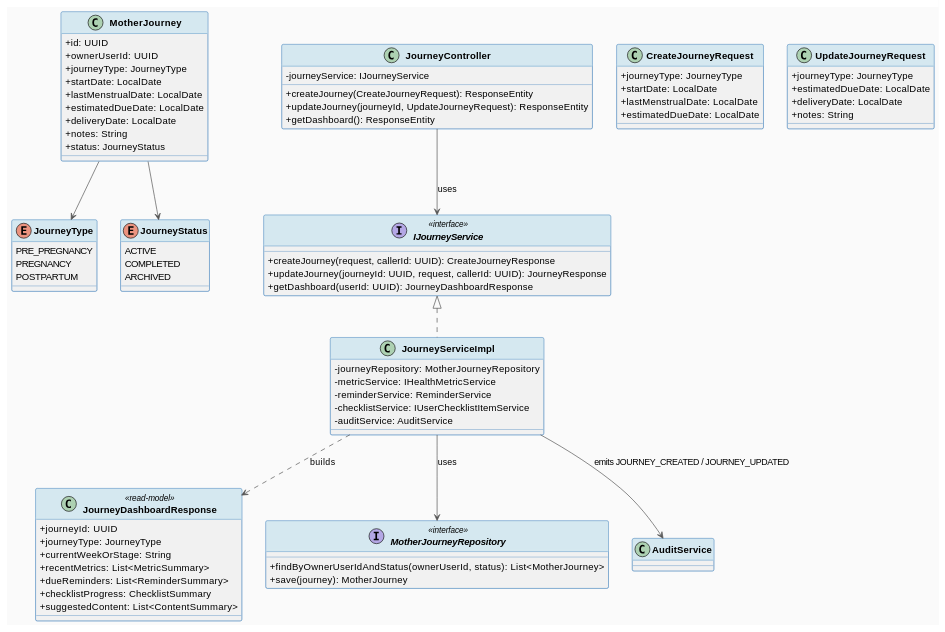
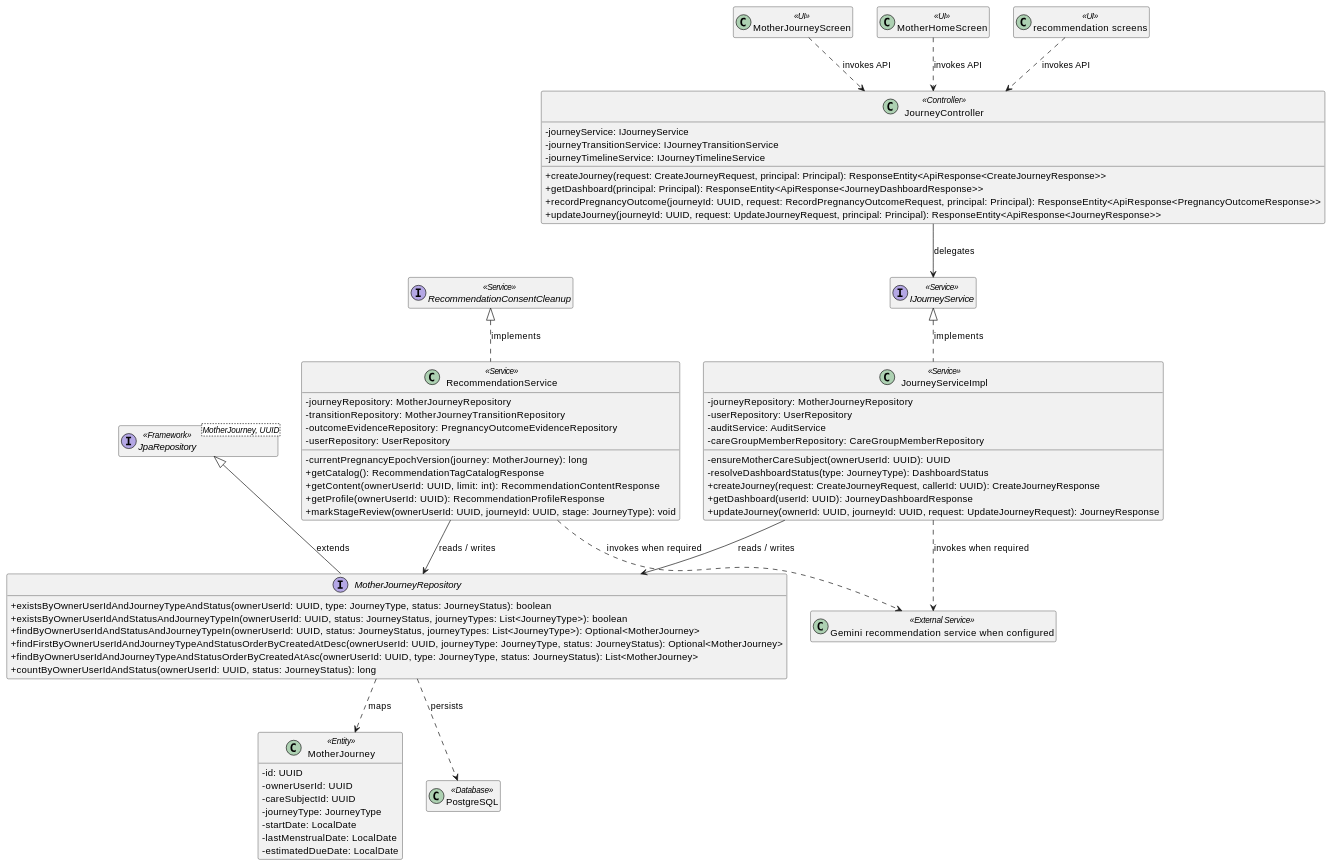
The first of 2 diagrams in docs/Detailed_Design/MF02_Mother_Care_Journey/01_Mother_Journey_Lifecycle_Dashboard.md (ChuongBDHE172784/CareBridge_SEP490_G79), drawn with PlantUML before and after one commit. The commit also changed other lines of this file and 111 other files, not shown here.

````diff
--- a/docs/Detailed_Design/MF02_Mother_Care_Journey/01_Mother_Journey_Lifecycle_Dashboard.md
+++ b/docs/Detailed_Design/MF02_Mother_Care_Journey/01_Mother_Journey_Lifecycle_Dashboard.md
@@ -26,92 +20,77 @@
 ```plantuml
-@startuml MF02_01_JourneyLifecycle_ClassDiagram
+@startuml MF02_01_MotherJourneyLifecycleandDashboard_ClassDiagram
 skinparam classAttributeIconSize 0
-skinparam classFontStyle bold
-skinparam backgroundColor #FAFAFA
-skinparam ArrowColor #555555
-skinparam ClassBorderColor #2E75B6
-skinparam ClassHeaderBackgroundColor #D5E8F0
+hide empty members
 
-class MotherJourney {
-  + id: UUID
-  + ownerUserId: UUID
-  + journeyType: JourneyType
-  + startDate: LocalDate
-  + lastMenstrualDate: LocalDate
-  + estimatedDueDate: LocalDate
-  + deliveryDate: LocalDate
-  + notes: String
-  + status: JourneyStatus
+class "MotherJourneyScreen" as UI1 <<UI>>
+class "MotherHomeScreen" as UI2 <<UI>>
+class "recommendation screens" as UI3 <<UI>>
+class "JourneyController" as Controller1 <<Controller>> {
+  - journeyService: IJourneyService
+  - journeyTransitionService: IJourneyTransitionService
+  - journeyTimelineService: IJourneyTimelineService
+  + createJourney(request: CreateJourneyRequest, principal: Principal): ResponseEntity<ApiResponse<CreateJourneyResponse>>
+  + getDashboard(principal: Principal): ResponseEntity<ApiResponse<JourneyDashboardResponse>>
+  + recordPregnancyOutcome(journeyId: UUID, request: RecordPregnancyOutcomeRequest, principal: Principal): ResponseEntity<ApiResponse<PregnancyOutcomeResponse>>
+  + updateJourney(journeyId: UUID, request: UpdateJourneyRequest, principal: Principal): ResponseEntity<ApiResponse<JourneyResponse>>
 }
+class "JourneyServiceImpl" as Service1 <<Service>> {
+  - journeyRepository: MotherJourneyRepository
+  - userRepository: UserRepository
+  - auditService: AuditService
+  - careGroupMemberRepository: CareGroupMemberRepository
+  - ensureMotherCareSubject(ownerUserId: UUID): UUID
+  - resolveDashboardStatus(type: JourneyType): DashboardStatus
+  + createJourney(request: CreateJourneyRequest, callerId: UUID): CreateJourneyResponse
+  + getDashboard(userId: UUID): JourneyDashboardResponse
+  + updateJourney(ownerId: UUID, journeyId: UUID, request: UpdateJourneyRequest): JourneyResponse
+}
+class "RecommendationService" as Service2 <<Service>> {
+  - journeyRepository: MotherJourneyRepository
+  - transitionRepository: MotherJourneyTransitionRepository
+  - outcomeEvidenceRepository: PregnancyOutcomeEvidenceRepository
+  - userRepository: UserRepository
+  - currentPregnancyEpochVersion(journey: MotherJourney): long
+  + getCatalog(): RecommendationTagCatalogResponse
+  + getContent(ownerUserId: UUID, limit: int): RecommendationContentResponse
+  + getProfile(ownerUserId: UUID): RecommendationProfileResponse
+  + markStageReview(ownerUserId: UUID, journeyId: UUID, stage: JourneyType): void
+}
+interface "IJourneyService" as Service1Contract <<Service>>
+interface "RecommendationConsentCleanup" as Service2Contract <<Service>>
+interface "MotherJourneyRepository" as Repository1 {
+  + existsByOwnerUserIdAndJourneyTypeAndStatus(ownerUserId: UUID, type: JourneyType, status: JourneyStatus): boolean
+  + existsByOwnerUserIdAndStatusAndJourneyTypeIn(ownerUserId: UUID, status: JourneyStatus, journeyTypes: List<JourneyType>): boolean
+  + findByOwnerUserIdAndStatusAndJourneyTypeIn(ownerUserId: UUID, status: JourneyStatus, journeyTypes: List<JourneyType>): Optional<MotherJourney>
+  + findFirstByOwnerUserIdAndJourneyTypeAndStatusOrderByCreatedAtDesc(ownerUserId: UUID, journeyType: JourneyType, status: JourneyStatus): Optional<MotherJourney>
+  + findByOwnerUserIdAndJourneyTypeAndStatusOrderByCreatedAtAsc(ownerUserId: UUID, type: JourneyType, status: JourneyStatus): List<MotherJourney>
+  + countByOwnerUserIdAndStatus(ownerUserId: UUID, status: JourneyStatus): long
+}
+class "MotherJourney" as Entity1 <<Entity>> {
+  - id: UUID
+  - ownerUserId: UUID
+  - careSubjectId: UUID
+  - journeyType: JourneyType
+  - startDate: LocalDate
+  - lastMenstrualDate: LocalDate
+  - estimatedDueDate: LocalDate
+}
+interface "JpaRepository<MotherJourney, UUID>" as Repository1Base <<Framework>>
+class "PostgreSQL" as DB <<Database>>
+class "Gemini recommendation service when configured" as External <<External Service>>
 
-enum JourneyType {
-  PRE_PREGNANCY
-  PREGNANCY
-  POSTPARTUM
-}
-
-enum JourneyStatus {
-  ACTIVE
-  COMPLETED
-  ARCHIVED
-}
-
-class JourneyDashboardResponse <<read-model>> {
-  + journeyId: UUID
-  + journeyType: JourneyType
-  + currentWeekOrStage: String
-  + recentMetrics: List<MetricSummary>
-  + dueReminders: List<ReminderSummary>
-  + checklistProgress: ChecklistSummary
-  + suggestedContent: List<ContentSummary>
-}
-
-class CreateJourneyRequest {
-  + journeyType: JourneyType
-  + startDate: LocalDate
-  + lastMenstrualDate: LocalDate
-  + estimatedDueDate: LocalDate
-}
-
-class UpdateJourneyRequest {
-  + journeyType: JourneyType
-  + estimatedDueDate: LocalDate
-  + deliveryDate: LocalDate
-  + notes: String
-}
-
-class JourneyController {
-  - journeyService: IJourneyService
-  + createJourney(CreateJourneyRequest): ResponseEntity
-  + updateJourney(journeyId, UpdateJourneyRequest): ResponseEntity
-  + getDashboard(): ResponseEntity
-}
-
-interface IJourneyService <<interface>> {
-  + createJourney(request, callerId: UUID): CreateJourneyResponse
-  + updateJourney(journeyId: UUID, request, callerId: UUID): JourneyResponse
-  + getDashboard(userId: UUID): JourneyDashboardResponse
-}
-
-class JourneyServiceImpl implements IJourneyService {
-  - journeyRepository: MotherJourneyRepository
-  - metricService: IHealthMetricService
-  - reminderService: ReminderService
-  - checklistService: IUserChecklistItemService
-  - auditService: AuditService
-}
-
-interface MotherJourneyRepository <<interface>> {
-  + findByOwnerUserIdAndStatus(ownerUserId, status): List<MotherJourney>
-  + save(journey): MotherJourney
-}
-
-MotherJourney --> JourneyType
-MotherJourney --> JourneyStatus
-JourneyController --> IJourneyService : uses
-JourneyServiceImpl --> MotherJourneyRepository : uses
-JourneyServiceImpl ..> JourneyDashboardResponse : builds
-JourneyServiceImpl --> AuditService : emits JOURNEY_CREATED / JOURNEY_UPDATED
-
+Service1Contract <|.. Service1 : implements
+Service2Contract <|.. Service2 : implements
+Repository1Base <|-- Repository1 : extends
+UI1 ..> Controller1 : invokes API
+UI2 ..> Controller1 : invokes API
+UI3 ..> Controller1 : invokes API
+Controller1 --> Service1Contract : delegates
+Service1 --> Repository1 : reads / writes
+Service2 --> Repository1 : reads / writes
+Repository1 ..> Entity1 : maps
+Repository1 ..> DB : persists
+Service1 ..> External : invokes when required
+Service2 ..> External : invokes when required
 @enduml
 ```
````
